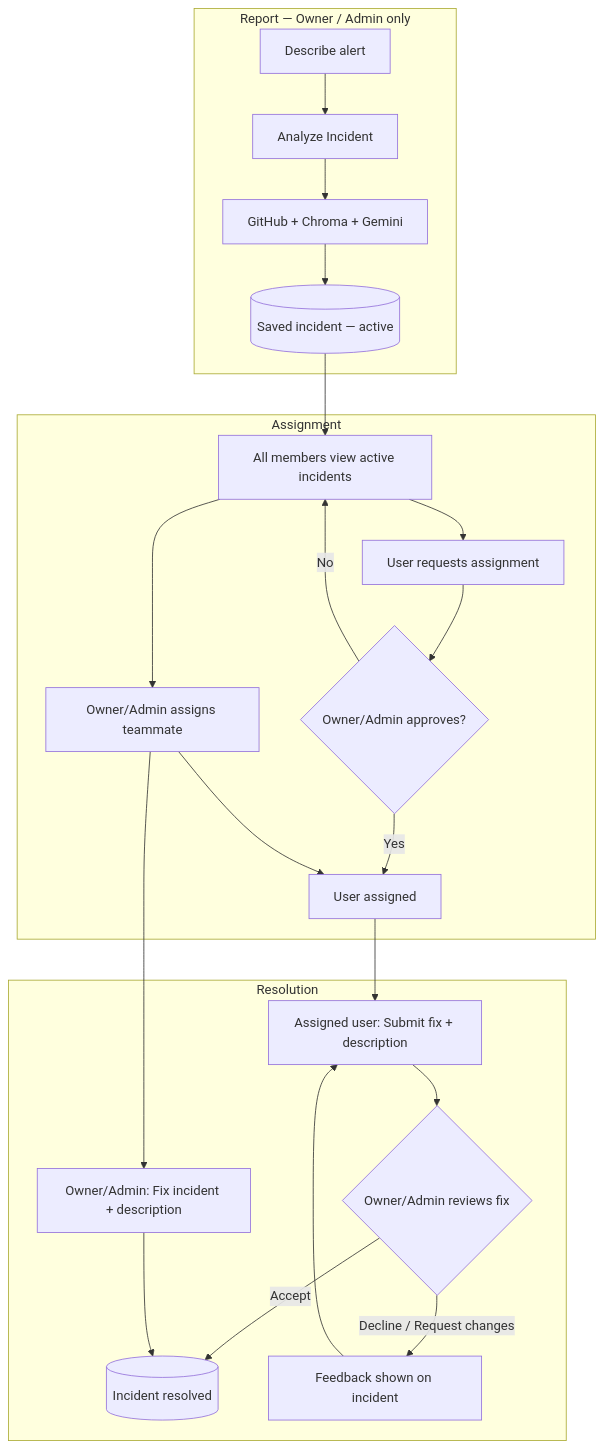
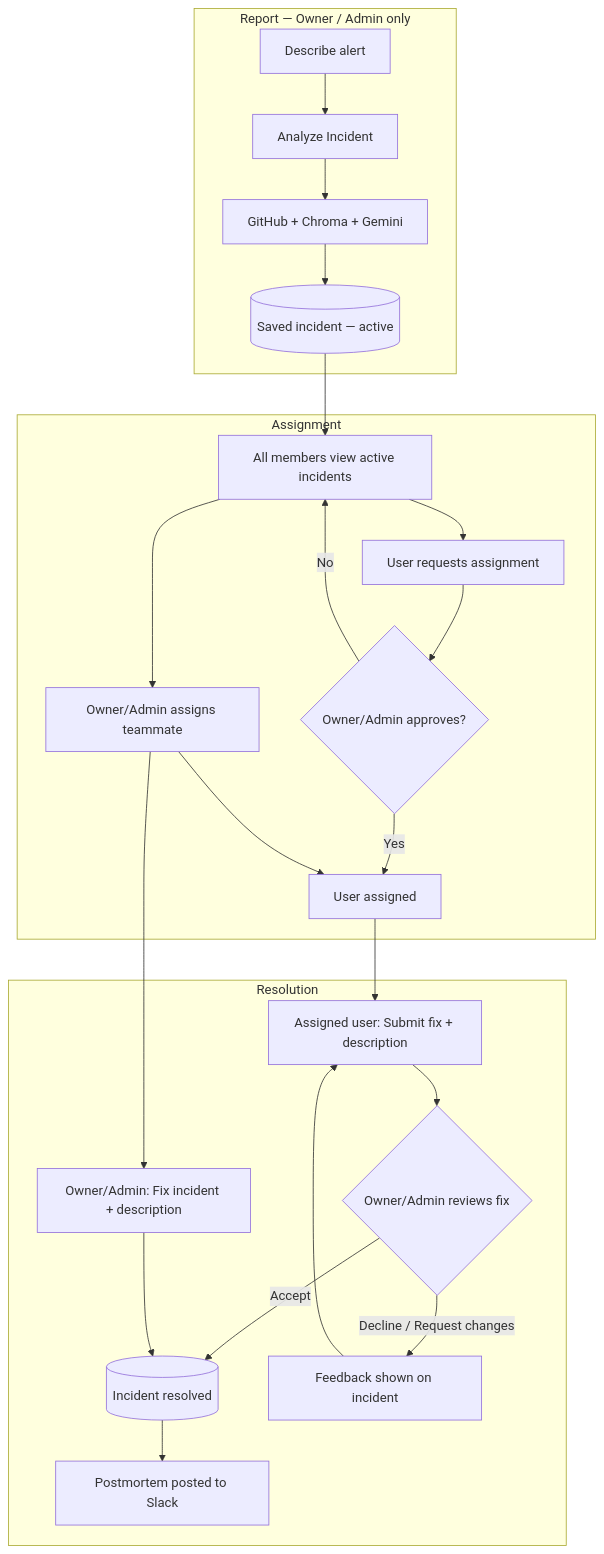
The second of 3 diagrams in README.md (devmam999/SentinelAI), drawn with Mermaid before and after one commit. The commit also changed other lines of this file and 9 other files, not shown here.

````diff
--- a/README.md
+++ b/README.md
@@ -411,28 +412,29 @@
 ```mermaid
 flowchart TB
   subgraph report [Report — Owner / Admin only]
     ALERT[Describe alert] --> ANALYZE[Analyze Incident]
     ANALYZE --> RAG[GitHub + Chroma + Gemini]
     RAG --> SAVE[(Saved incident — active)]
   end
 
   subgraph assign [Assignment]
     SAVE --> VIEW[All members view active incidents]
     VIEW --> ADMIN_ASSIGN[Owner/Admin assigns teammate]
     VIEW --> USER_REQ[User requests assignment]
     USER_REQ --> ADMIN_APPROVE{Owner/Admin approves?}
     ADMIN_APPROVE -->|Yes| ASSIGNED[User assigned]
     ADMIN_APPROVE -->|No| VIEW
     ADMIN_ASSIGN --> ASSIGNED
   end
 
   subgraph resolve [Resolution]
     ASSIGNED --> USER_FIX[Assigned user: Submit fix + description]
     ADMIN_ASSIGN --> ADMIN_FIX[Owner/Admin: Fix incident + description]
     USER_FIX --> FIX_REVIEW{Owner/Admin reviews fix}
     FIX_REVIEW -->|Accept| RESOLVED[(Incident resolved)]
     FIX_REVIEW -->|Decline / Request changes| FEEDBACK[Feedback shown on incident]
     FEEDBACK --> USER_FIX
     ADMIN_FIX --> RESOLVED
+    RESOLVED --> POSTMORTEM[Postmortem posted to Slack]
   end
 ```
````
